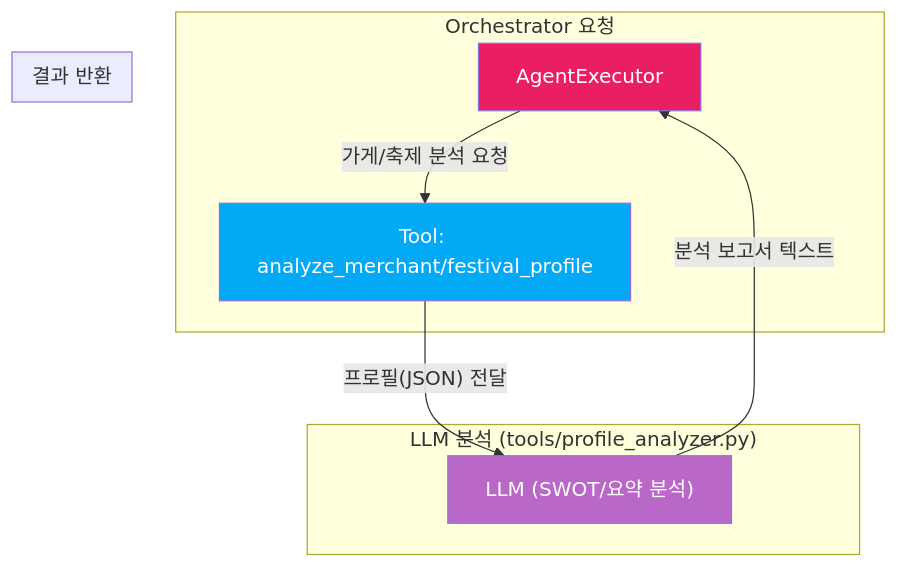
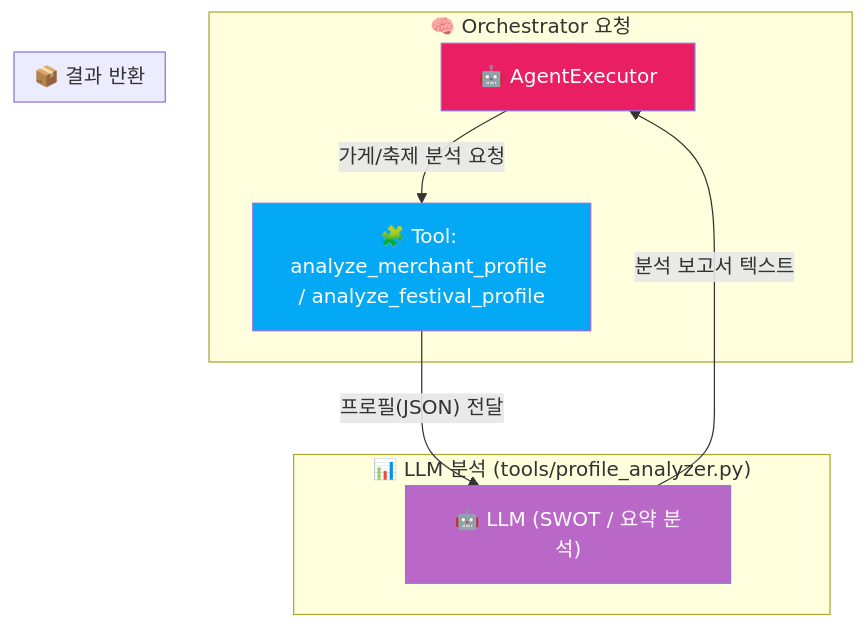
The fourth of 4 diagrams in README.md (Synapse-Bigcontest/2025_bigcontest), drawn with Mermaid before and after one commit. The commit also changed other lines of this file, not shown here.

````diff
--- a/README.md
+++ b/README.md
@@ -183,19 +198,20 @@
 ```mermaid
 graph TD
-    subgraph "Orchestrator 요청"
-        Agent["AgentExecutor"] -- 가게/축제 분석 요청 --> Tool_Analyze["Tool: analyze_merchant/festival_profile"]
+
+    subgraph "🧠 Orchestrator 요청"
+        Agent["🤖 AgentExecutor"] -- "가게/축제 분석 요청" --> Tool_Analyze["🧩 Tool: analyze_merchant_profile / analyze_festival_profile"]
     end
 
-    subgraph "LLM 분석 (tools/profile_analyzer.py)"
-        Tool_Analyze -- 프로필(JSON) 전달 --> LLM_Analyze["LLM (SWOT/요약 분석)"]
+    subgraph "📊 LLM 분석 (tools/profile_analyzer.py)"
+        Tool_Analyze -- "프로필(JSON) 전달" --> LLM_Analyze["🤖 LLM (SWOT / 요약 분석)"]
     end
 
-    subgraph "결과 반환"
-        LLM_Analyze -- 분석 보고서 텍스트 --> Agent
+    subgraph "📦 결과 반환"
+        LLM_Analyze -- "분석 보고서 텍스트" --> Agent
     end
 
-    %% Styling
+    %% 스타일
     style Agent fill:#E91E63,color:#fff
     style Tool_Analyze fill:#03A9F4,color:#fff
     style LLM_Analyze fill:#BA68C8,color:#fff
 ```
````
